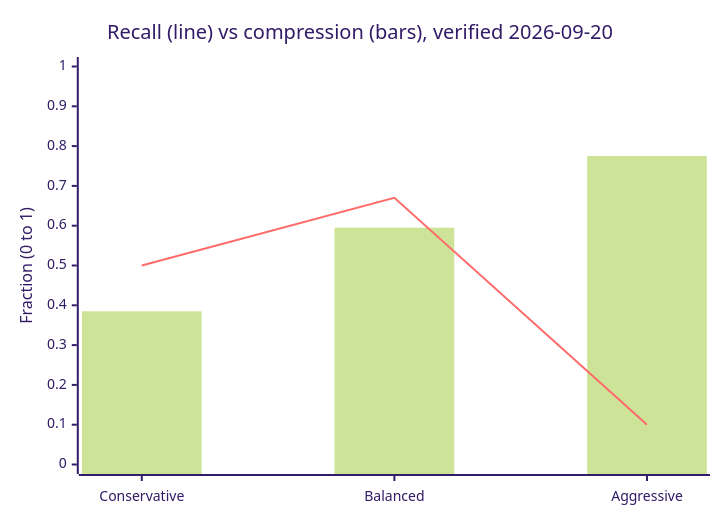
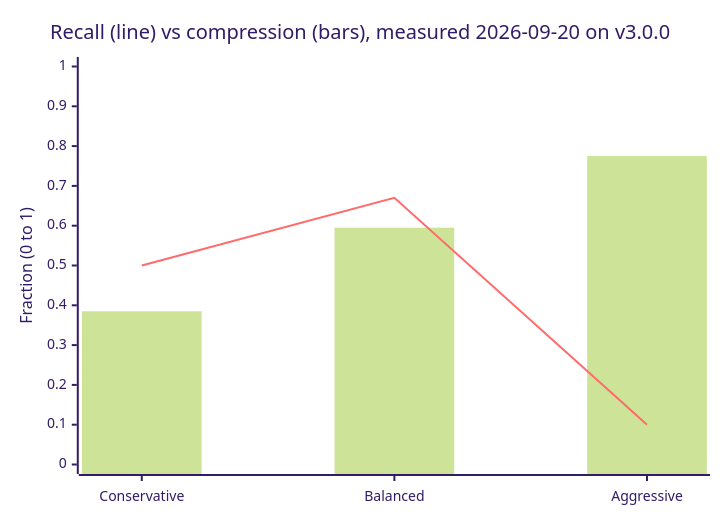
The second of 2 diagrams in docs/part2-context/measuring-quality.md (nitinpawar28/AI-learn), drawn with Mermaid (forest theme) before and after one commit. The commit also changed other lines of this file and 5 other files, not shown here.

````diff
--- a/docs/part2-context/measuring-quality.md
+++ b/docs/part2-context/measuring-quality.md
@@ -127,8 +127,8 @@
 ```mermaid
 xychart-beta
-    title "Recall (line) vs compression (bars), verified 2026-09-20"
+    title "Recall (line) vs compression (bars), measured 2026-09-20 on v3.0.0"
     x-axis ["Conservative", "Balanced", "Aggressive"]
     y-axis "Fraction (0 to 1)" 0 --> 1
     bar [0.385, 0.595, 0.775]
     line [0.50, 0.67, 0.10]
 ```
````
